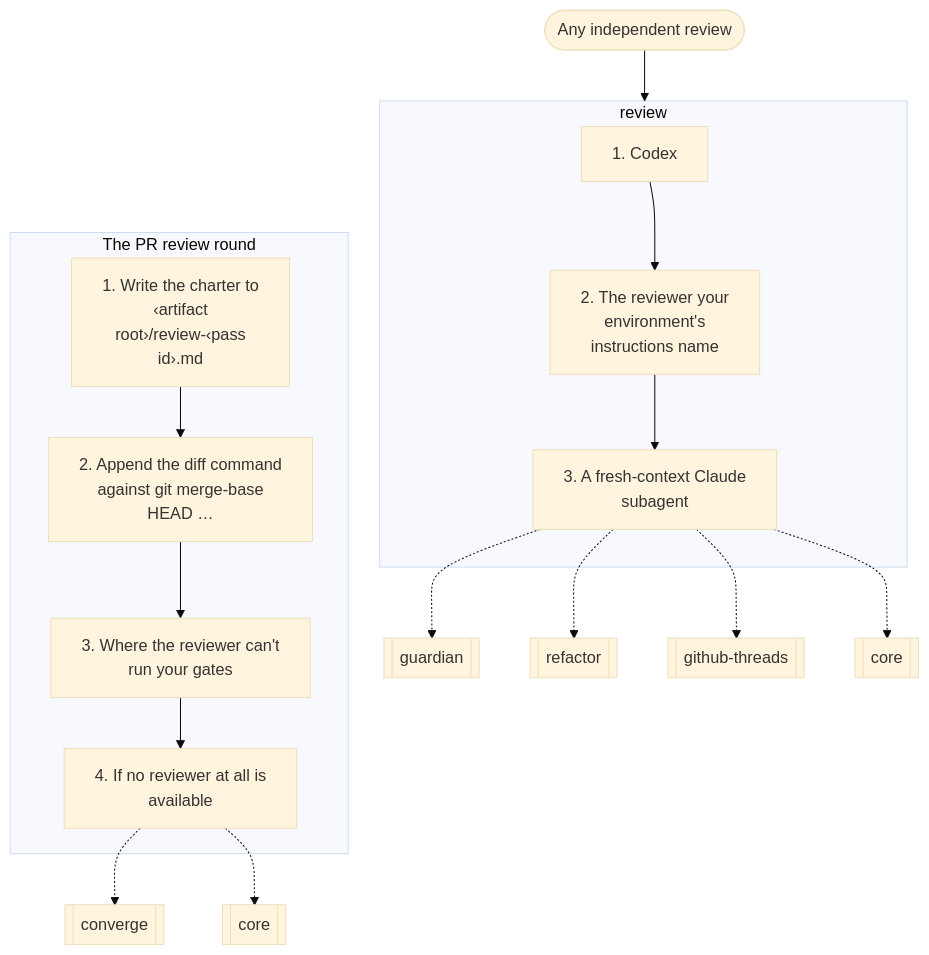
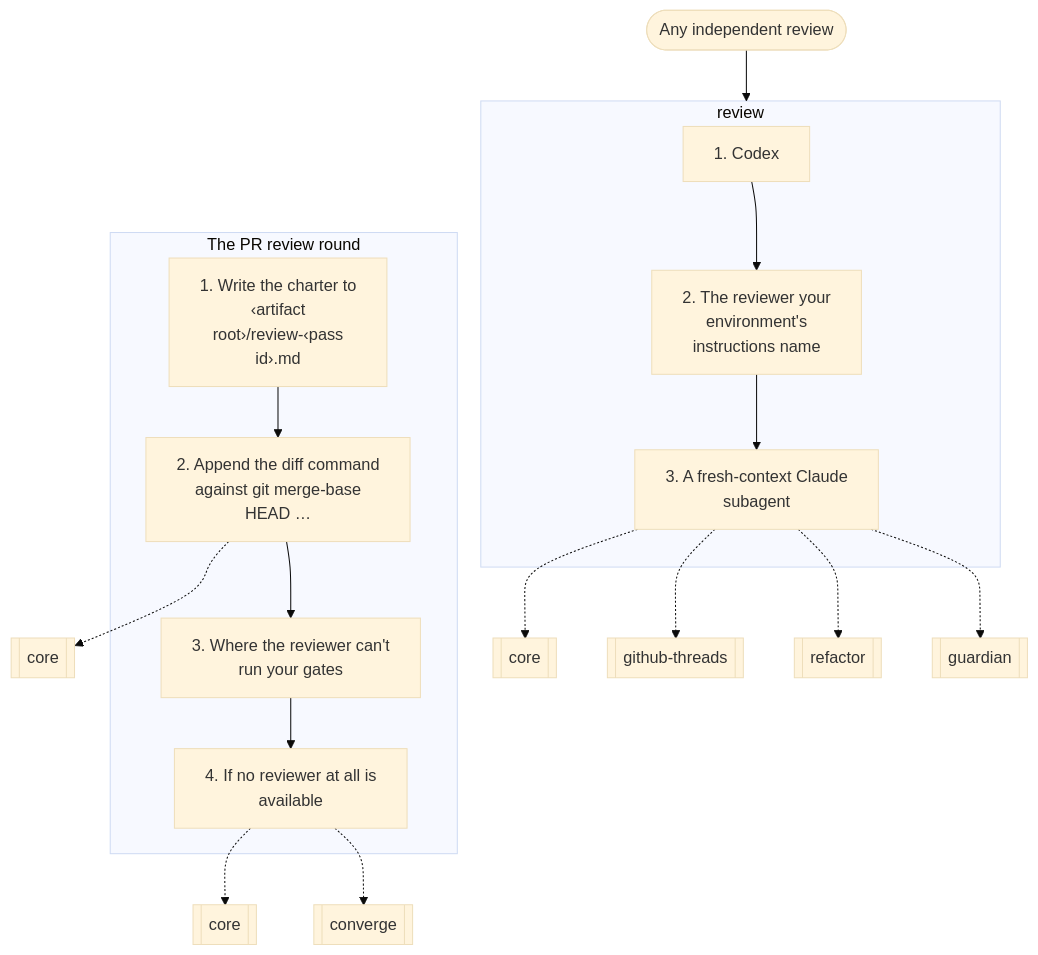
Diagram 12 of 14 in docs/graphs.md (nitedani/mergeworthy), drawn with Mermaid (base theme) before and after one commit. The commit also changed 1 other file, not shown here.

Commit message:
review: the charter's new lines fit the rest: naming findings, sibling sites, red gates

````diff
--- a/docs/graphs.md
+++ b/docs/graphs.md
@@ -312,28 +312,29 @@
 ```mermaid
 flowchart TB
   start(["Any independent review"])
   subgraph g0["review"]
     s0["1. Codex"]
     s1["2. The reviewer your<br/>environment's<br/>instructions name"]
     s0 --> s1
     s2["3. A fresh-context Claude<br/>subagent"]
     s1 --> s2
   end
   s2 -.-> r1[["guardian"]]
   s2 -.-> r2[["refactor"]]
   s2 -.-> r3[["github-threads"]]
   s2 -.-> r4[["core"]]
   subgraph g1["The PR review round"]
     s3["1. Write the charter to<br/>‹artifact<br/>root›/review-‹pass<br/>id›.md"]
     s4["2. Append the diff command<br/>against git merge-base<br/>HEAD …"]
     s3 --> s4
     s5["3. Where the reviewer can't<br/>run your gates"]
     s4 --> s5
     s6["4. If no reviewer at all is<br/>available"]
     s5 --> s6
   end
-  s6 -.-> r5[["converge"]]
-  s6 -.-> r6[["core"]]
+  s4 -.-> r5[["core"]]
+  s6 -.-> r6[["converge"]]
+  s6 -.-> r7[["core"]]
   start --> g0
   g0 ~~~ g1
 ```
````
